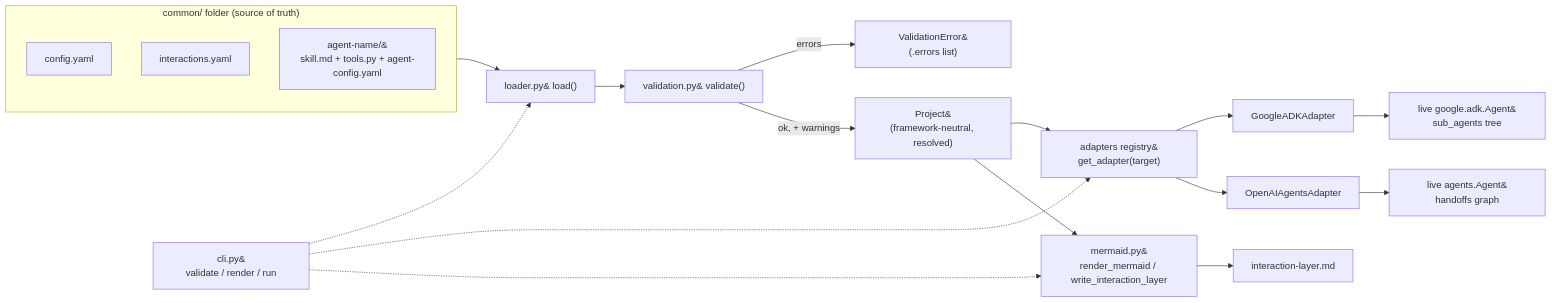
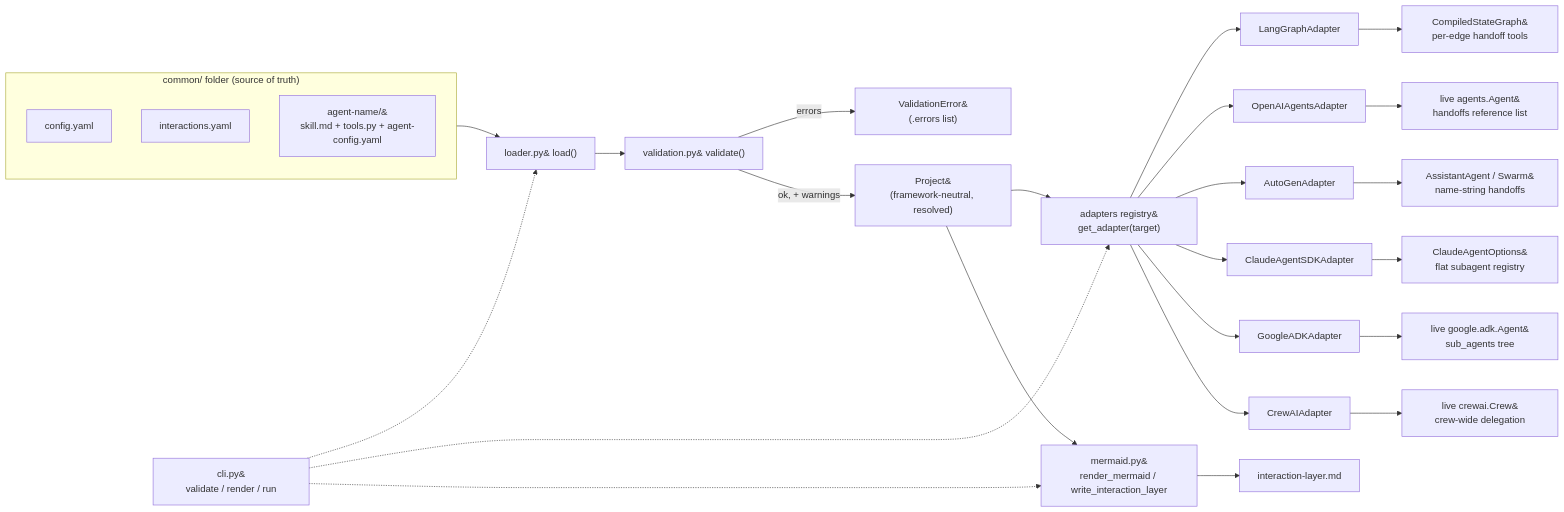
The diagram in docs/HLD.md (Mehul-Gupta-SMH/CommonADK), drawn with Mermaid before and after one commit. The commit also changed other lines of this file and 4 other files, not shown here.

````diff
--- a/docs/HLD.md
+++ b/docs/HLD.md
@@ -30,26 +36,34 @@
 ```mermaid
 flowchart LR
     subgraph SRC["common/ folder (source of truth)"]
         CFG[config.yaml]
         INT[interactions.yaml]
         AGT["agent-name/&#10;skill.md + tools.py + agent-config.yaml"]
     end
 
     SRC --> LOADER["loader.py&#10;load()"]
     LOADER --> VALID["validation.py&#10;validate()"]
     VALID -->|errors| FAIL["ValidationError&#10;(.errors list)"]
     VALID -->|ok, + warnings| MODEL["Project&#10;(framework-neutral, resolved)"]
 
     MODEL --> REG["adapters registry&#10;get_adapter(target)"]
+    REG --> LG[LangGraphAdapter]
+    REG --> OA[OpenAIAgentsAdapter]
+    REG --> AG[AutoGenAdapter]
+    REG --> CA[ClaudeAgentSDKAdapter]
     REG --> GA[GoogleADKAdapter]
-    REG --> OA[OpenAIAgentsAdapter]
+    REG --> CR[CrewAIAdapter]
+    LG --> LGLIVE["CompiledStateGraph&#10;per-edge handoff tools"]
+    OA --> OLIVE["live agents.Agent&#10;handoffs reference list"]
+    AG --> AGLIVE["AssistantAgent / Swarm&#10;name-string handoffs"]
+    CA --> CALIVE["ClaudeAgentOptions&#10;flat subagent registry"]
     GA --> GLIVE["live google.adk.Agent&#10;sub_agents tree"]
-    OA --> OLIVE["live agents.Agent&#10;handoffs graph"]
+    CR --> CRLIVE["live crewai.Crew&#10;crew-wide delegation"]
 
     MODEL --> MER["mermaid.py&#10;render_mermaid / write_interaction_layer"]
     MER --> IL[interaction-layer.md]
 
     CLI["cli.py&#10;validate / render / run"] -.-> LOADER
     CLI -.-> REG
     CLI -.-> MER
 ```
````
